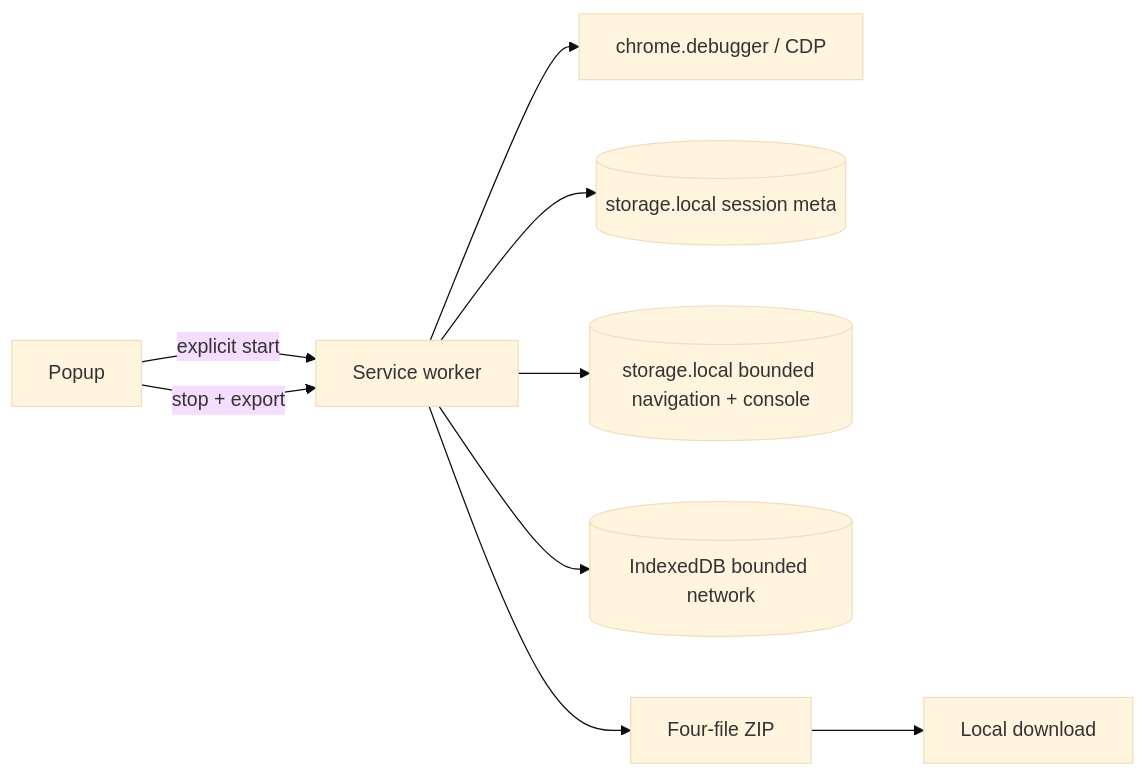
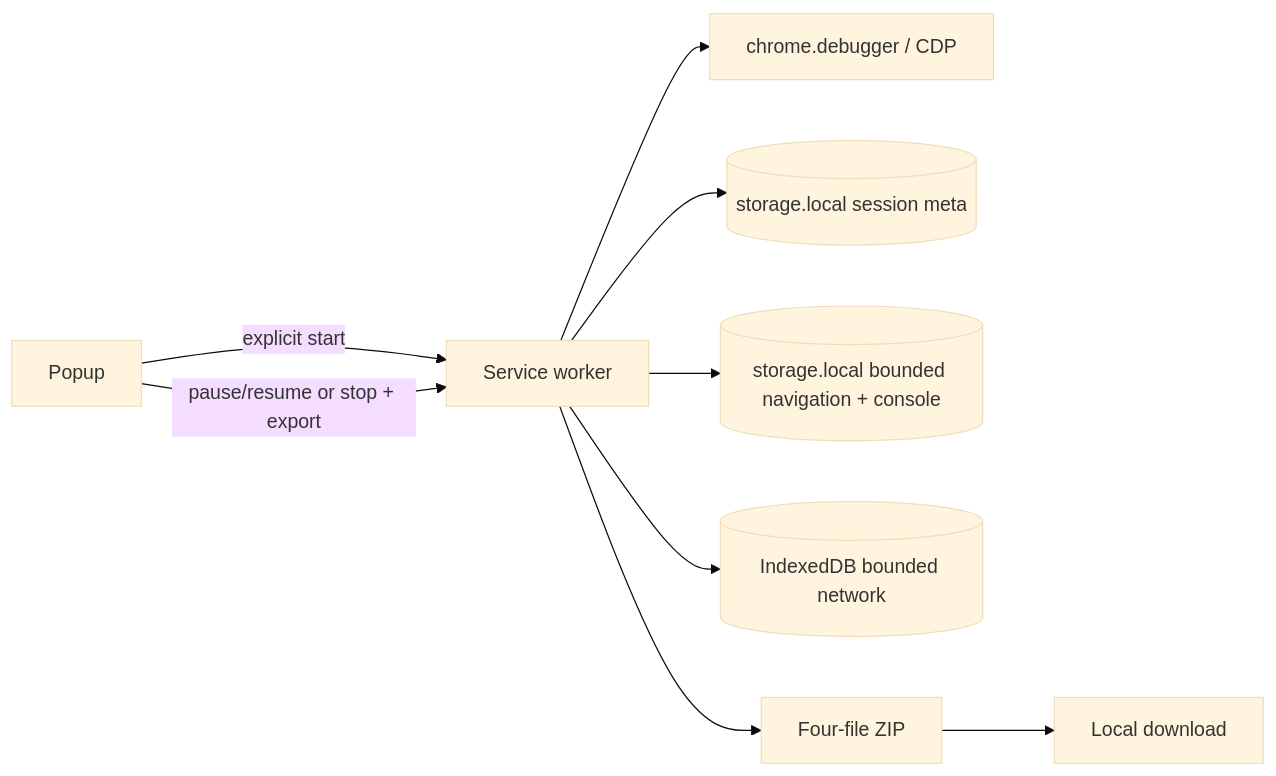
The diagram in docs/architecture.md (bryanbeltran/browser-listener), drawn with Mermaid (base theme) before and after one commit. The commit also changed other lines of this file and 36 other files, not shown here.

````diff
--- a/docs/architecture.md
+++ b/docs/architecture.md
@@ -7,11 +7,11 @@
 ```mermaid
 flowchart LR
   Popup[Popup] -->|explicit start| BG[Service worker]
   BG --> CDP[chrome.debugger / CDP]
   BG --> Meta[(storage.local session meta)]
   BG --> Aux[(storage.local bounded navigation + console)]
   BG --> IDB[(IndexedDB bounded network)]
-  Popup -->|stop + export| BG
+  Popup -->|pause/resume or stop + export| BG
   BG --> Export[Four-file ZIP]
   Export --> Download[Local download]
 ```
````
